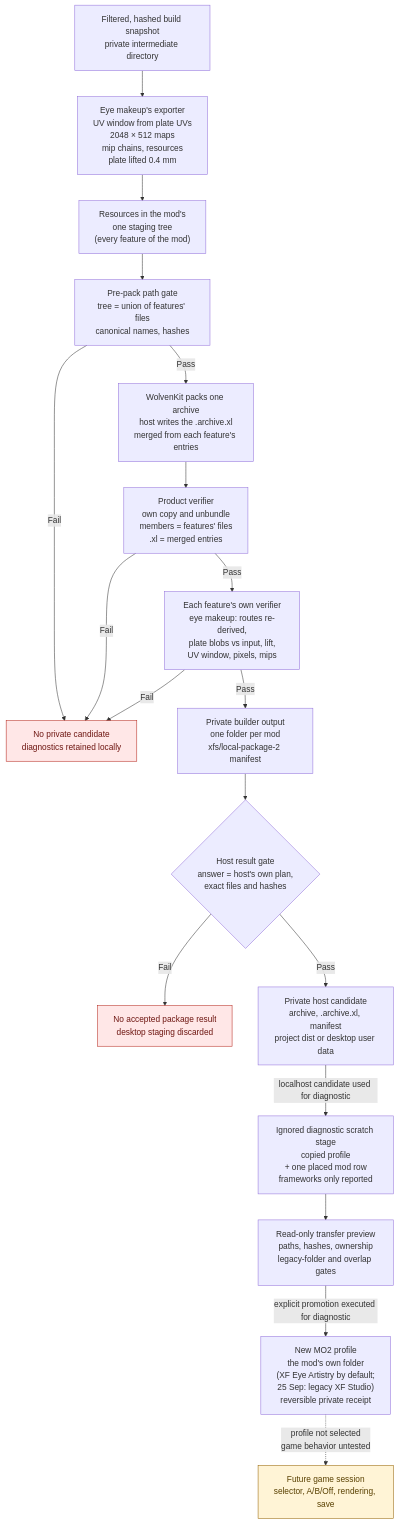
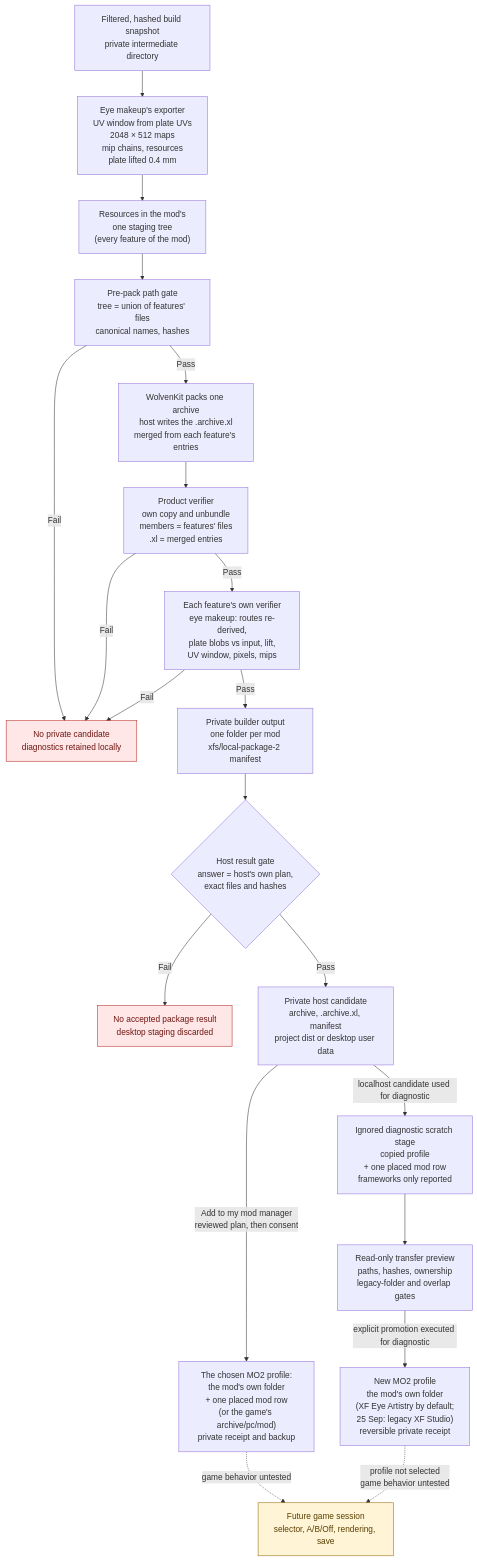
Before and after one commit to axefrog/xf-studio: the second of 3 diagrams in research/authoring/studio-to-mod-pipeline.md, drawn with Mermaid. The commit also changed other lines of this file and 10 other files, not shown here.

````diff
--- a/research/authoring/studio-to-mod-pipeline.md
+++ b/research/authoring/studio-to-mod-pipeline.md
@@ -52,25 +52,27 @@
 ```mermaid
 flowchart TB
   snapshot["Filtered, hashed build snapshot<br/>private intermediate directory"] --> bake["Eye makeup's exporter<br/>UV window from plate UVs<br/>2048 × 512 maps<br/>mip chains, resources<br/>plate lifted 0.4 mm"]
   bake --> resources["Resources in the mod's<br/>one staging tree<br/>(every feature of the mod)"]
   resources --> gate["Pre-pack path gate<br/>tree = union of features' files<br/>canonical names, hashes"]
   gate -- Fail --> stop
   gate -- Pass --> pack["WolvenKit packs one archive<br/>host writes the .archive.xl<br/>merged from each feature's entries"]
   pack --> productVerifier["Product verifier<br/>own copy and unbundle<br/>members = features' files<br/>.xl = merged entries"]
   productVerifier -- Fail --> stop
   productVerifier -- Pass --> verifier["Each feature's own verifier<br/>eye makeup: routes re-derived,<br/>plate blobs vs input, lift,<br/>UV window, pixels, mips"]
   verifier -- Fail --> stop["No private candidate<br/>diagnostics retained locally"]
   verifier -- Pass --> dist["Private builder output<br/>one folder per mod<br/>xfs/local-package-2 manifest"]
   dist --> resultGate{"Host result gate<br/>answer = host's own plan,<br/>exact files and hashes"}
   resultGate -- Fail --> unaccepted["No accepted package result<br/>desktop staging discarded"]
   resultGate -- Pass --> candidate["Private host candidate<br/>archive, .archive.xl, manifest<br/>project dist or desktop user data"]
+  candidate -- "Add to my mod manager<br/>reviewed plan, then consent" --> install["The chosen MO2 profile:<br/>the mod's own folder<br/>+ one placed mod row<br/>(or the game's archive/pc/mod)<br/>private receipt and backup"]
+  install -. "game behavior untested" .-> runtime
   candidate -- "localhost candidate used for diagnostic" --> scratch["Ignored diagnostic scratch stage<br/>copied profile<br/>+ one placed mod row<br/>frameworks only reported"]
   scratch --> preview["Read-only transfer preview<br/>paths, hashes, ownership<br/>legacy-folder and overlap gates"]
   preview -- "explicit promotion executed for diagnostic" --> mo2["New MO2 profile<br/>the mod's own folder<br/>(XF Eye Artistry by default;<br/>25 Sep: legacy XF Studio)<br/>reversible private receipt"]
   mo2 -. "profile not selected<br/>game behavior untested" .-> runtime["Future game session<br/>selector, A/B/Off, rendering, save"]
 
   classDef blocked fill:#ffe7e7,stroke:#b42318,color:#6e1611;
   classDef pending fill:#fff4d6,stroke:#946200,color:#594000;
   class stop,unaccepted blocked;
   class runtime pending;
 ```
````
